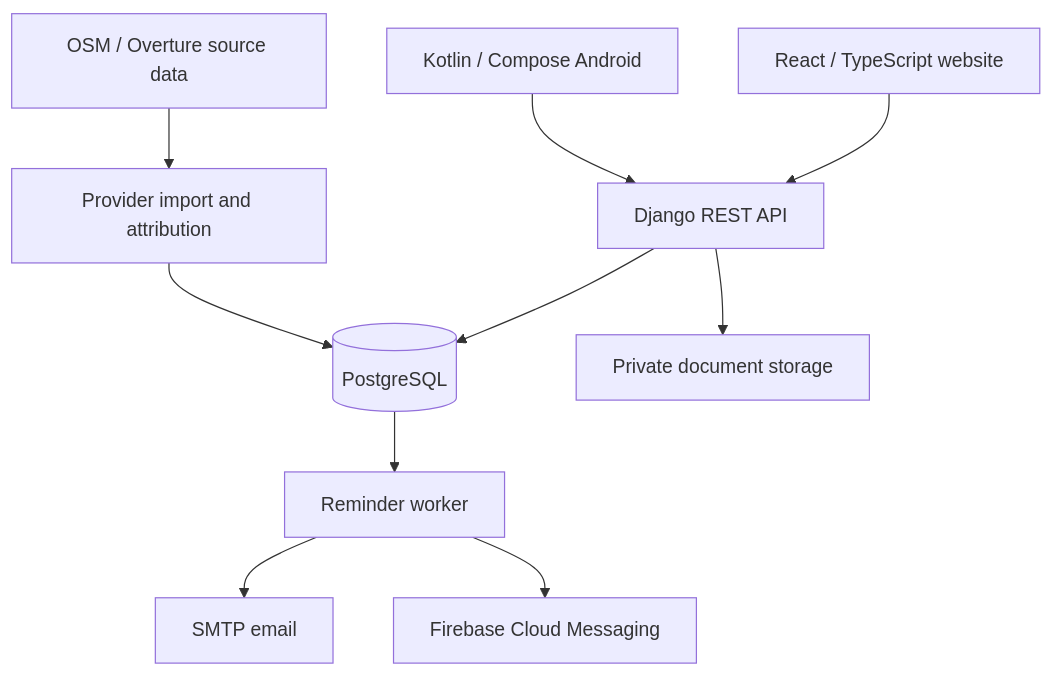
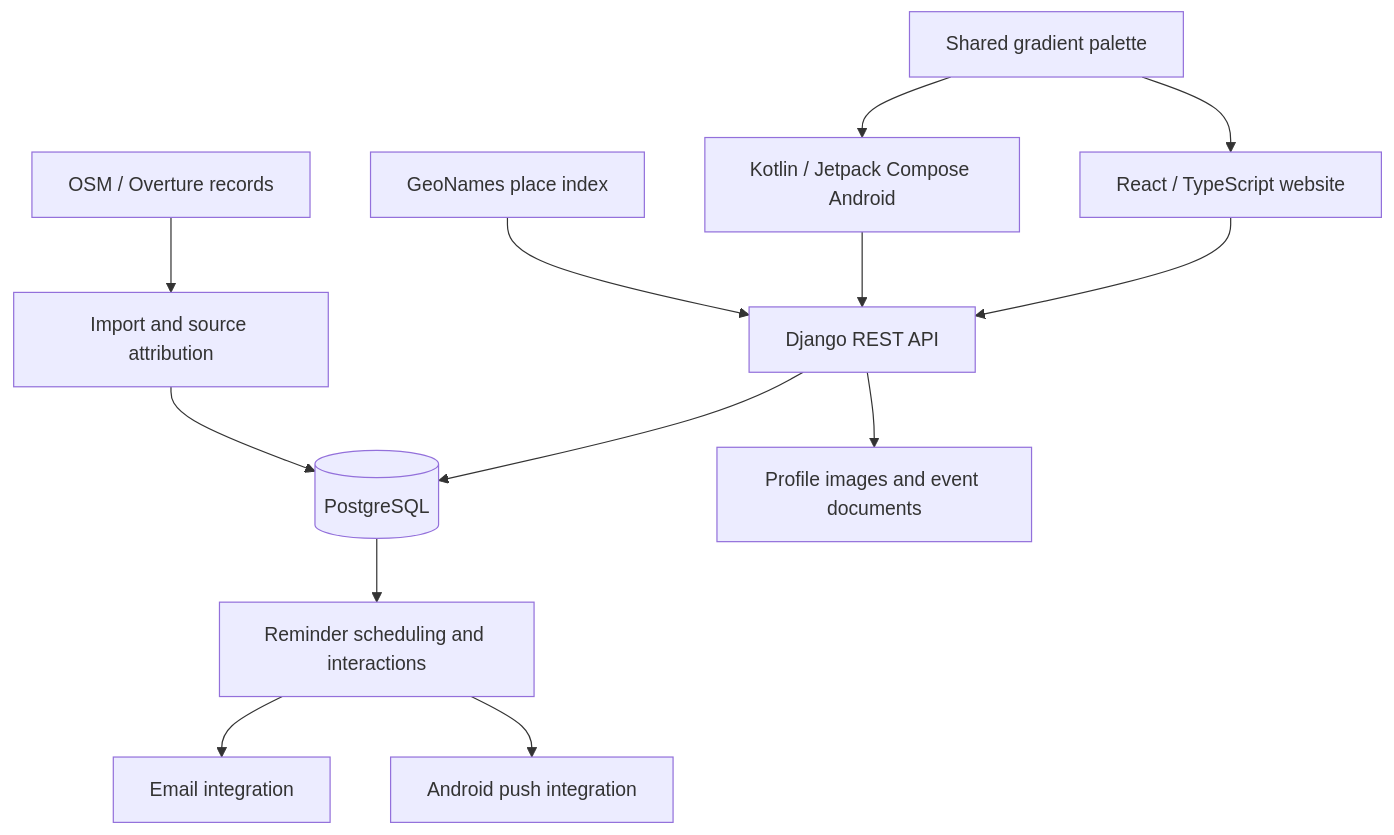
Before and after one commit to RagDel/easy-pet-showcase: the diagram in ARCHITECTURE.md, drawn with Mermaid. The commit also changed other lines of this file and 10 other files, not shown here.

````diff
--- a/ARCHITECTURE.md
+++ b/ARCHITECTURE.md
@@ -3,12 +7,15 @@
 ```mermaid
 flowchart TB
     W[React / TypeScript website] --> A[Django REST API]
-    K[Kotlin / Compose Android] --> A
+    K[Kotlin / Jetpack Compose Android] --> A
+    G[Shared gradient palette] --> W
+    G --> K
     A --> P[(PostgreSQL)]
-    A --> F[Private document storage]
-    P --> R[Reminder worker]
-    R --> M[SMTP email]
-    R --> N[Firebase Cloud Messaging]
-    O[OSM / Overture source data] --> I[Provider import and attribution]
+    A --> F[Profile images and event documents]
+    P --> R[Reminder scheduling and interactions]
+    R --> E[Email integration]
+    R --> N[Android push integration]
+    O[OSM / Overture records] --> I[Import and source attribution]
     I --> P
+    Z[GeoNames place index] --> A
 ```
````
